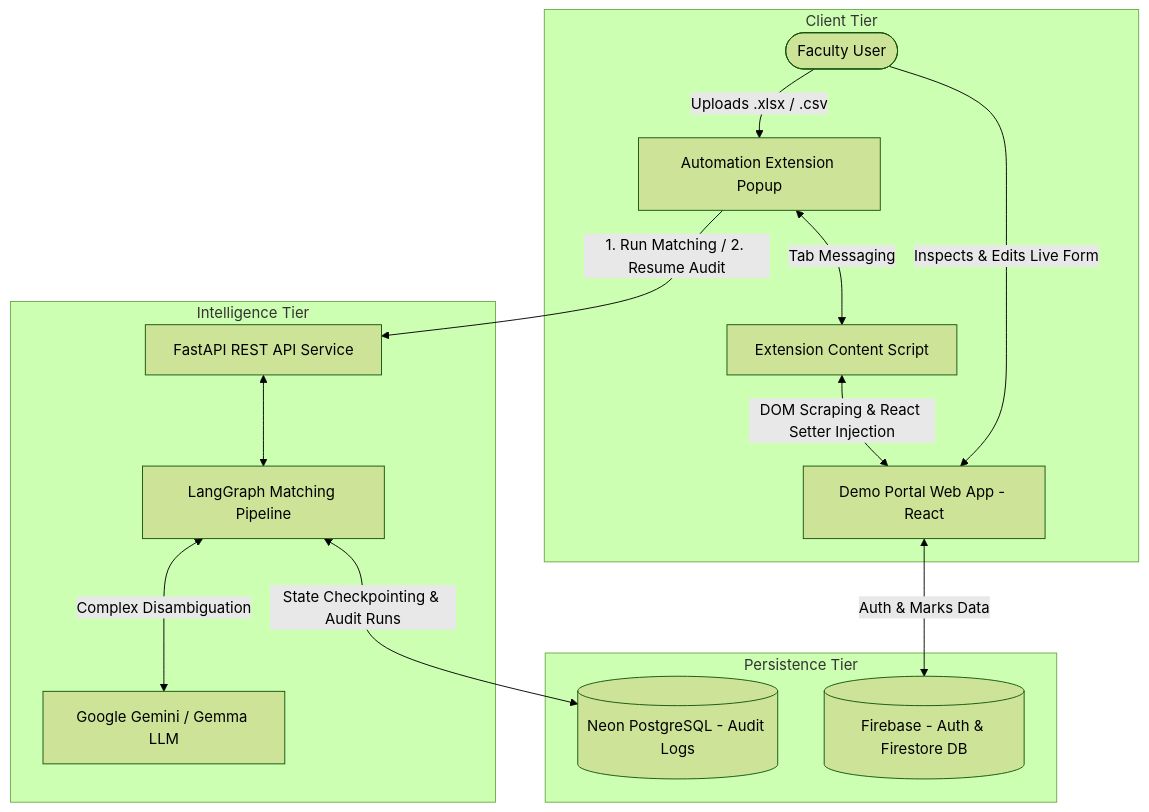
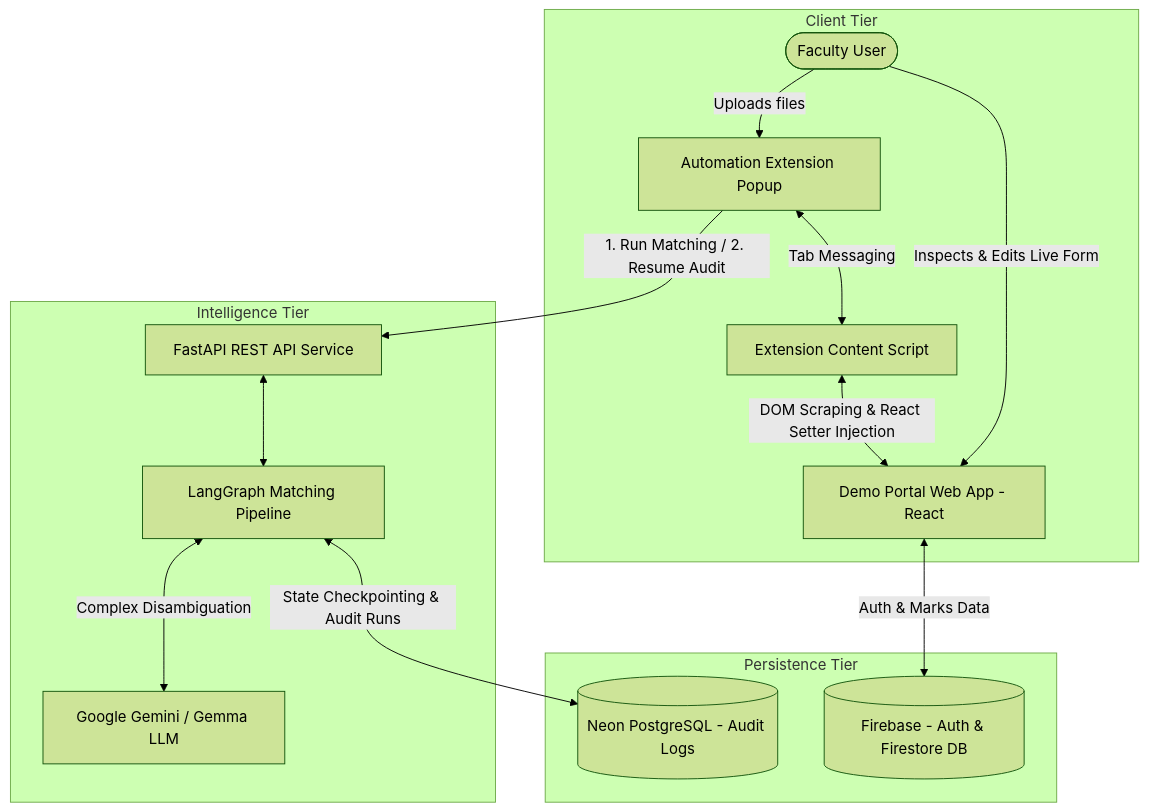
Before and after one commit to abhi-rajput-KRP/IP_Portal_Automation: the diagram in README.md, drawn with Mermaid (forest theme). The commit also changed 2 other files, not shown here.

Commit message:
Updated Readmes

````diff
--- a/README.md
+++ b/README.md
@@ -13,33 +13,33 @@
 ```mermaid
 flowchart TB
     subgraph Client Tier
         Faculty([Faculty User])
         ExtPopup[Automation Extension Popup]
         ExtContent[Extension Content Script]
         PortalUI[Demo Portal Web App - React]
     end
 
     subgraph Intelligence Tier
         FastAPI[FastAPI REST API Service]
         LangGraph[LangGraph Matching Pipeline]
         Gemini[Google Gemini / Gemma LLM]
     end
 
     subgraph Persistence Tier
         Postgres[(Neon PostgreSQL - Audit Logs)]
         Firebase[(Firebase - Auth & Firestore DB)]
     end
 
-    Faculty -->|Uploads .xlsx / .csv| ExtPopup
+    Faculty -->|Uploads files| ExtPopup
     Faculty -->|Inspects & Edits Live Form| PortalUI
     
     PortalUI <-->|Auth & Marks Data| Firebase
     
     ExtPopup <-->|Tab Messaging| ExtContent
     ExtContent <-->|DOM Scraping & React Setter Injection| PortalUI
     
     ExtPopup -->|1. Run Matching / 2. Resume Audit| FastAPI
     FastAPI <--> LangGraph
     LangGraph <-->|Complex Disambiguation| Gemini
     LangGraph <-->|State Checkpointing & Audit Runs| Postgres
 ```
````
